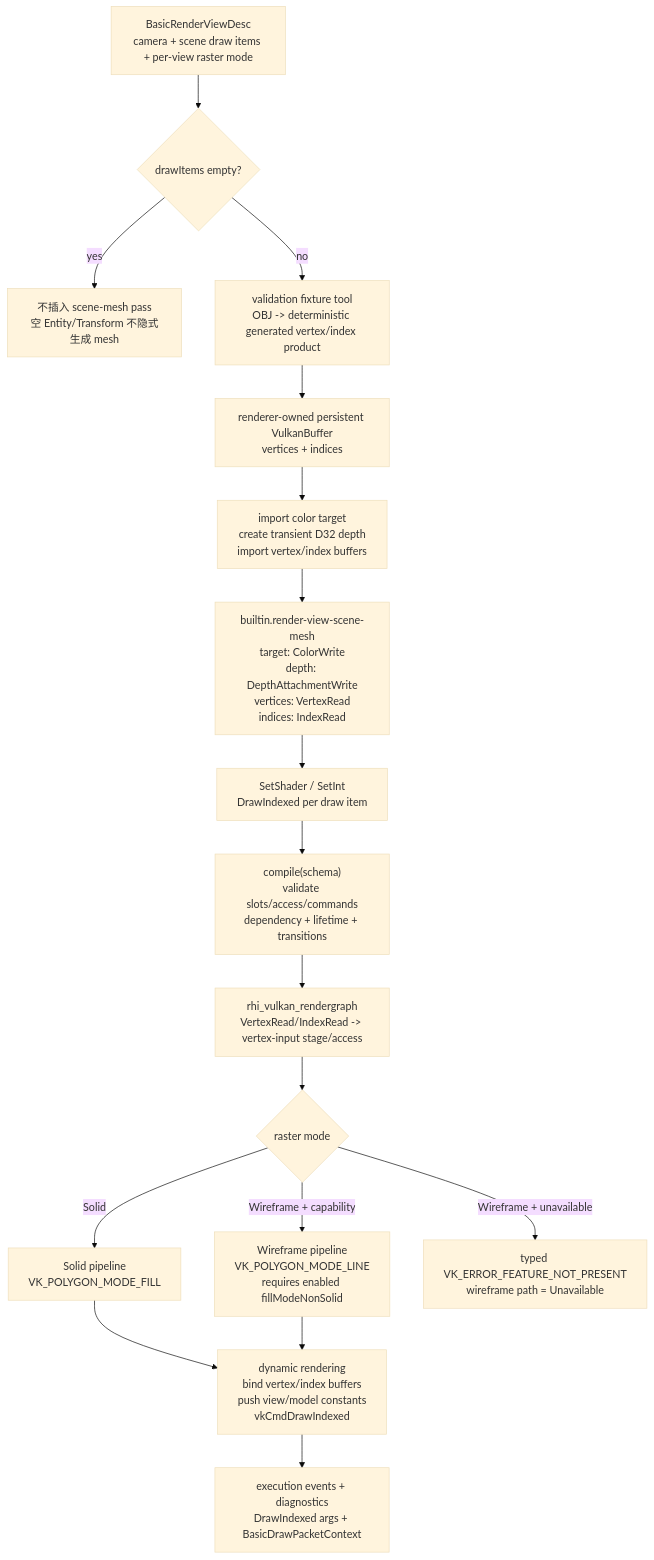
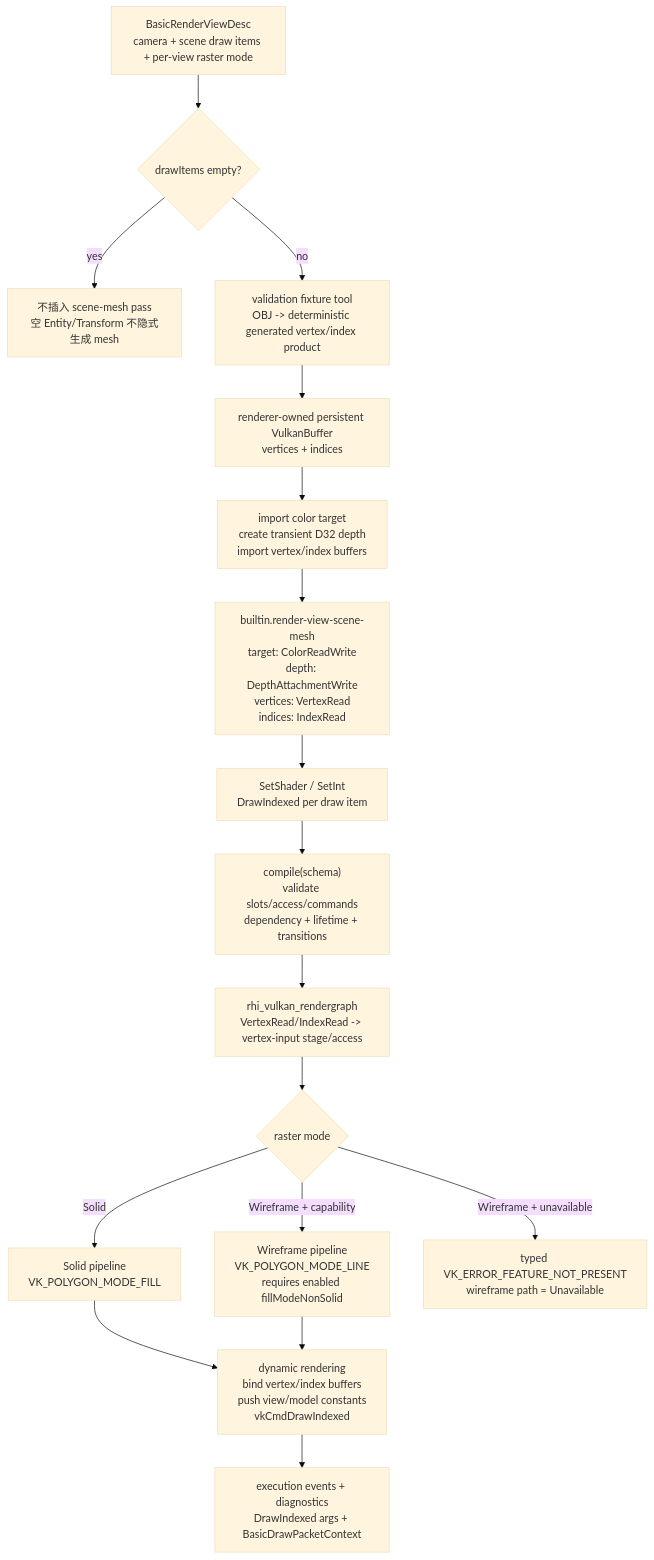
One commit to 66six11/Engine changed diagram 19 of 25 in docs/architecture/flow.md. Above: the diagram before and after it, drawn with Mermaid (base theme). The commit also changed other lines of this file and 132 other files, not shown here.

Commit message:
feat: close authored scene mesh rendering (#367) (#369)

````diff
--- a/docs/architecture/flow.md
+++ b/docs/architecture/flow.md
@@ -1508,27 +1531,27 @@
 ```mermaid
 flowchart TD
     Input["BasicRenderViewDesc<br/>camera + scene draw items + per-view raster mode"]
     Empty{"drawItems empty?"}
     NoPass["不插入 scene-mesh pass<br/>空 Entity/Transform 不隐式生成 mesh"]
     Product["validation fixture tool<br/>OBJ -> deterministic generated vertex/index product"]
     Buffers["renderer-owned persistent VulkanBuffer<br/>vertices + indices"]
     Resources["import color target<br/>create transient D32 depth<br/>import vertex/index buffers"]
-    Pass["builtin.render-view-scene-mesh<br/>target: ColorWrite<br/>depth: DepthAttachmentWrite<br/>vertices: VertexRead<br/>indices: IndexRead"]
+    Pass["builtin.render-view-scene-mesh<br/>target: ColorReadWrite<br/>depth: DepthAttachmentWrite<br/>vertices: VertexRead<br/>indices: IndexRead"]
     Commands["SetShader / SetInt<br/>DrawIndexed per draw item"]
     Compile["compile(schema)<br/>validate slots/access/commands<br/>dependency + lifetime + transitions"]
     Adapter["rhi_vulkan_rendergraph<br/>VertexRead/IndexRead -> vertex-input stage/access"]
     Capability{"raster mode"}
     Solid["Solid pipeline<br/>VK_POLYGON_MODE_FILL"]
     Wire["Wireframe pipeline<br/>VK_POLYGON_MODE_LINE<br/>requires enabled fillModeNonSolid"]
     Unavailable["typed VK_ERROR_FEATURE_NOT_PRESENT<br/>wireframe path = Unavailable"]
     Execute["dynamic rendering<br/>bind vertex/index buffers<br/>push view/model constants<br/>vkCmdDrawIndexed"]
     Evidence["execution events + diagnostics<br/>DrawIndexed args + BasicDrawPacketContext"]
 
     Input --> Empty
     Empty -->|yes| NoPass
     Empty -->|no| Product --> Buffers --> Resources --> Pass --> Commands --> Compile --> Adapter --> Capability
     Capability -->|Solid| Solid --> Execute
     Capability -->|Wireframe + capability| Wire --> Execute
     Capability -->|Wireframe + unavailable| Unavailable
     Execute --> Evidence
 ```
````
